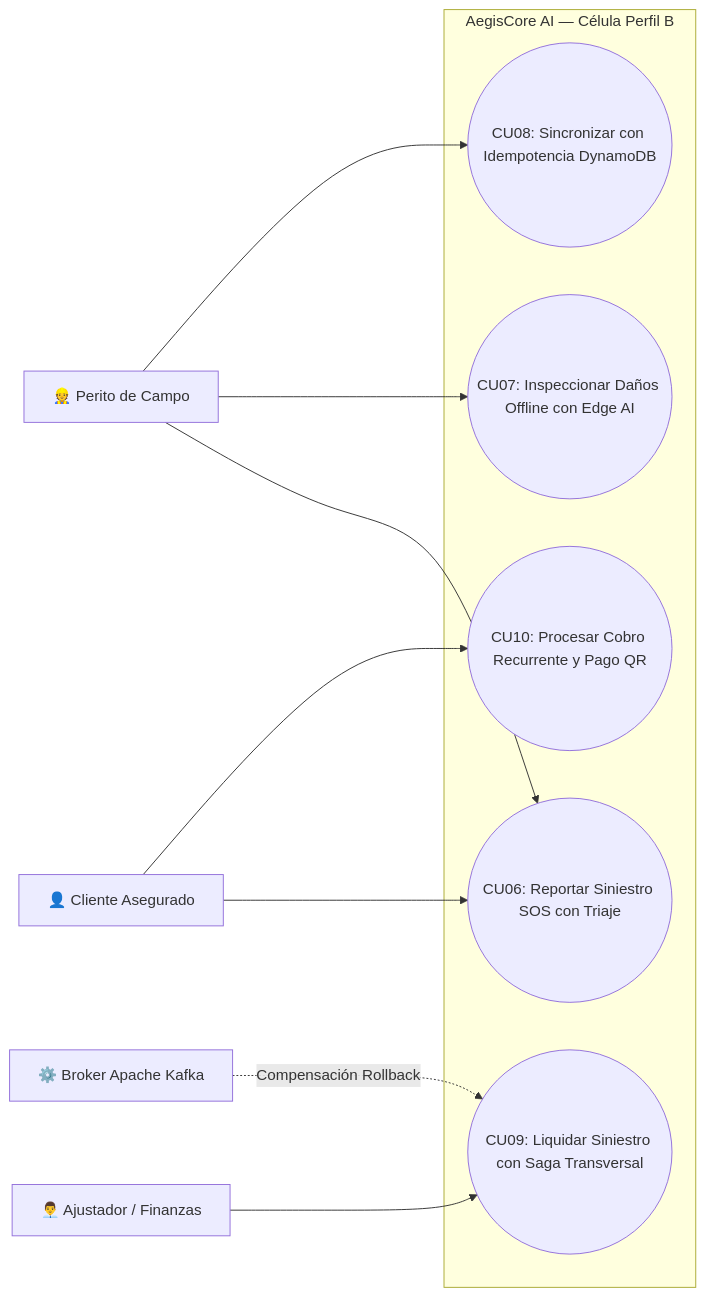
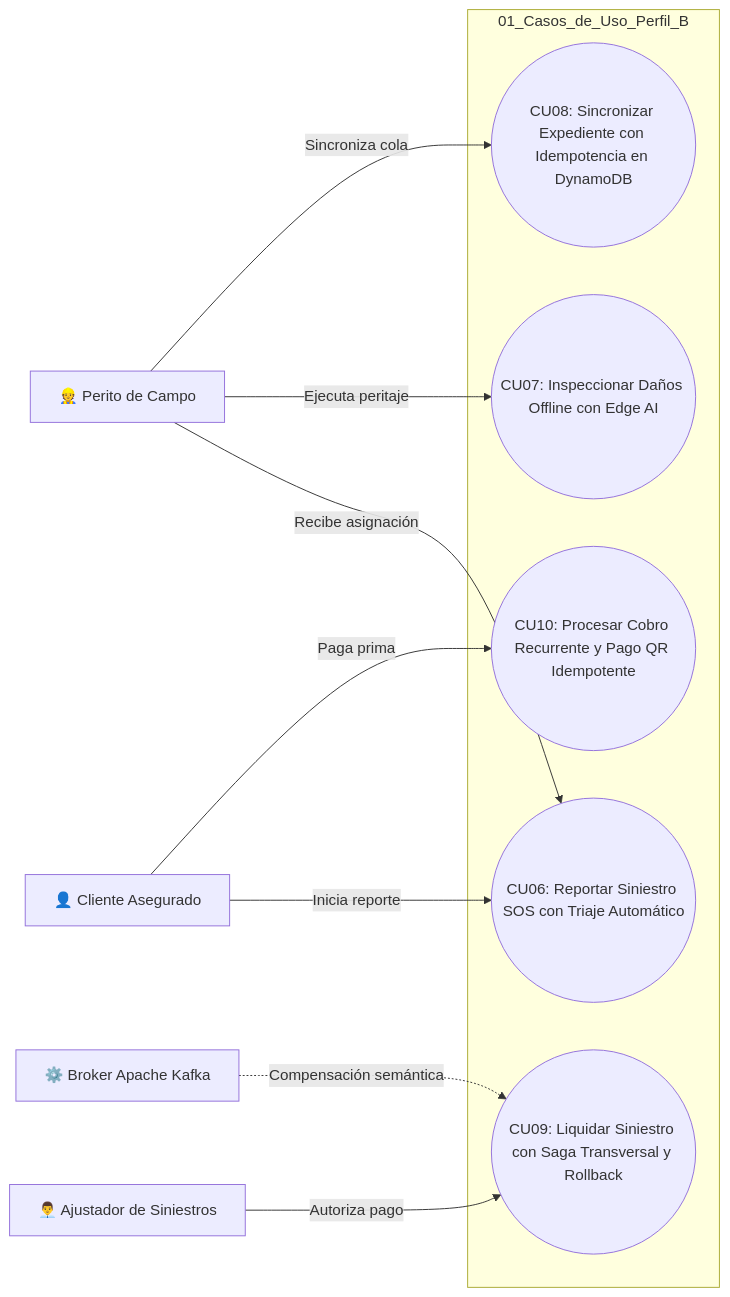
Before and after one commit to DiegoxdGarcia2/2doParcialSW2: the second of 15 diagrams in docs/opcion_B_documentacion.md, drawn with Mermaid. The commit also changed other lines of this file and 10 other files, not shown here.

Commit message:
docs: actualizar documentacion formal segun guias GuiaDocIconix y agregar panel de navegacion con 14 diagramas en archivo .qea

````diff
--- a/docs/opcion_B_documentacion.md
+++ b/docs/opcion_B_documentacion.md
@@ -213,23 +241,23 @@
 ```mermaid
 flowchart LR
     ASEG["👤 Cliente Asegurado"]
     PER["👷 Perito de Campo"]
-    AJUS["👨‍💼 Ajustador / Finanzas"]
+    AJUS["👨‍💼 Ajustador de Siniestros"]
     KAFKA["⚙️ Broker Apache Kafka"]
 
-    subgraph SISTEMA_PERFIL_B["AegisCore AI — Célula Perfil B"]
-        CU06(("CU06: Reportar Siniestro SOS con Triaje"))
+    subgraph PAQUETE_PERFIL_B["01_Casos_de_Uso_Perfil_B"]
+        CU06(("CU06: Reportar Siniestro SOS con Triaje Automático"))
         CU07(("CU07: Inspeccionar Daños Offline con Edge AI"))
-        CU08(("CU08: Sincronizar con Idempotencia DynamoDB"))
-        CU09(("CU09: Liquidar Siniestro con Saga Transversal"))
-        CU10(("CU10: Procesar Cobro Recurrente y Pago QR"))
+        CU08(("CU08: Sincronizar Expediente con Idempotencia en DynamoDB"))
+        CU09(("CU09: Liquidar Siniestro con Saga Transversal y Rollback"))
+        CU10(("CU10: Procesar Cobro Recurrente y Pago QR Idempotente"))
     end
 
-    ASEG --> CU06
-    PER --> CU06
-    PER --> CU07
-    PER --> CU08
-    AJUS --> CU09
-    KAFKA -.->|Compensación Rollback| CU09
-    ASEG --> CU10
+    ASEG -->|Inicia reporte| CU06
+    PER -->|Recibe asignación| CU06
+    PER -->|Ejecuta peritaje| CU07
+    PER -->|Sincroniza cola| CU08
+    AJUS -->|Autoriza pago| CU09
+    KAFKA -.->|Compensación semántica| CU09
+    ASEG -->|Paga prima| CU10
 ```
````
